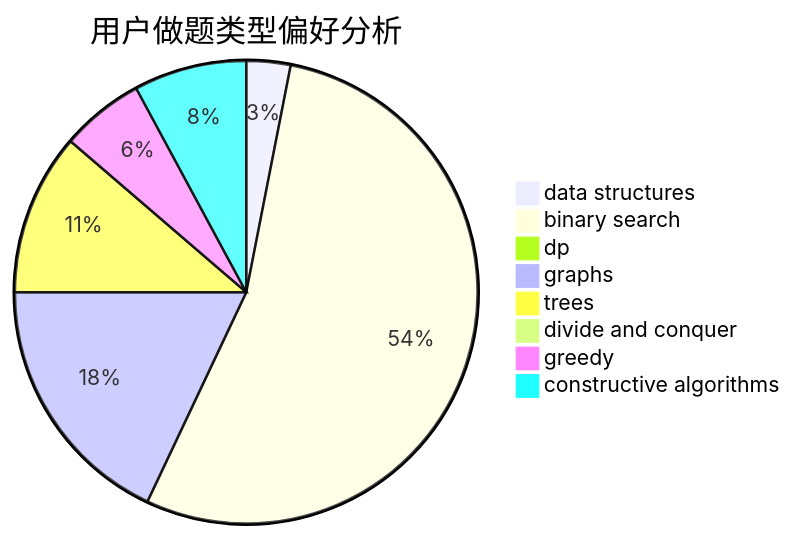
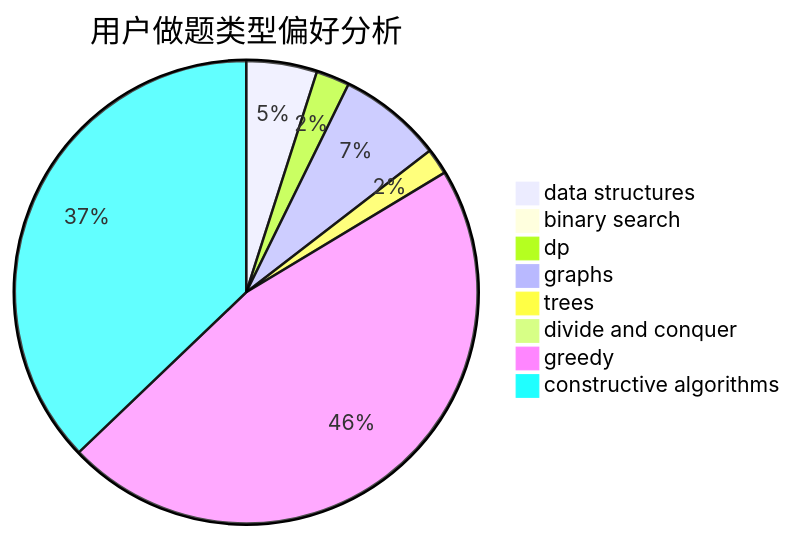
One commit to sherpahu/cfrs.github.io changed the second of 3 diagrams in docs/user/u1281.md. Above: the diagram before and after it, drawn with Mermaid. The commit also changed other lines of this file and 2770 other files, not shown here.

````diff
--- a/docs/user/u1281.md
+++ b/docs/user/u1281.md
@@ -23,11 +23,11 @@
 ```mermaid
 pie title 用户做题类型偏好分析
-    "data structures" :  18
-    "binary search" :  315
-    "dp" :  3
-    "graphs" :  105
-    "trees" :  66
+    "data structures" :  19
+    "binary search" :  2
+    "dp" :  9
+    "graphs" :  28
+    "trees" :  7
     "divide and conquer" :  0
-    "greedy" :  34
-    "constructive algorithms" :  46
+    "greedy" :  179
+    "constructive algorithms" :  143
 ```
````
